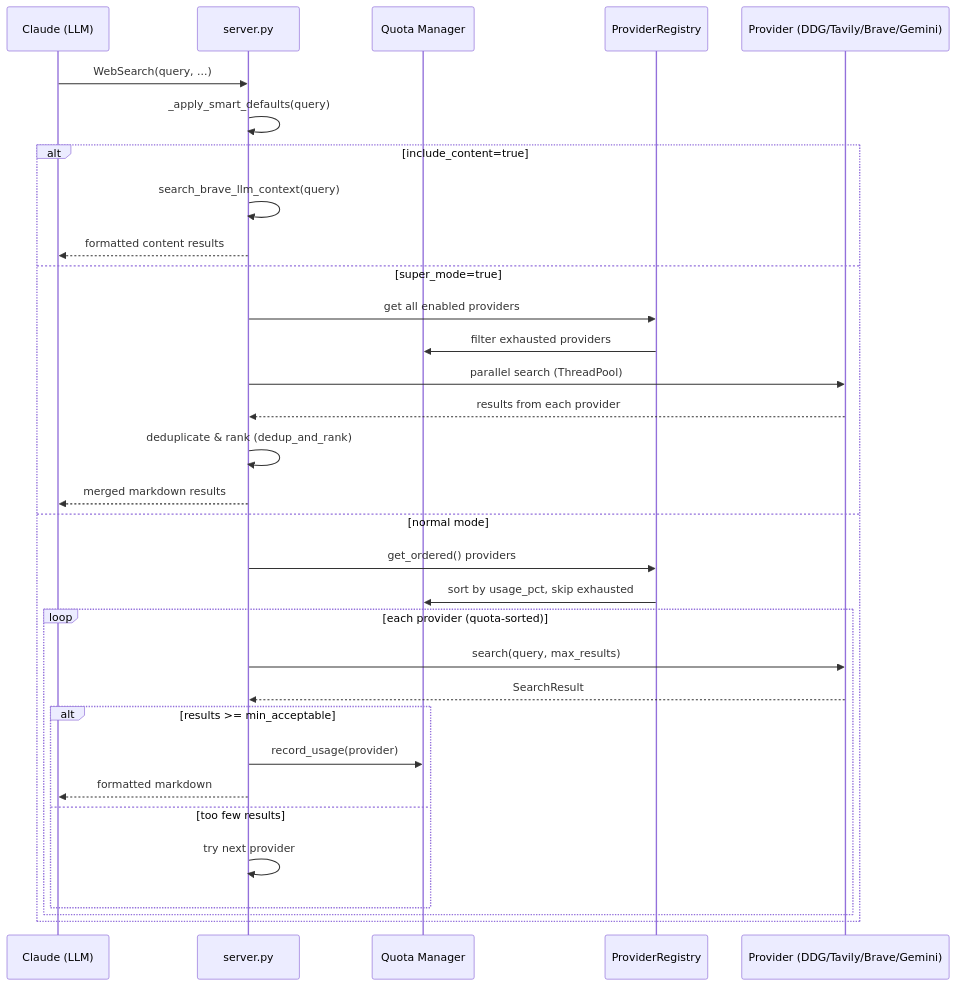
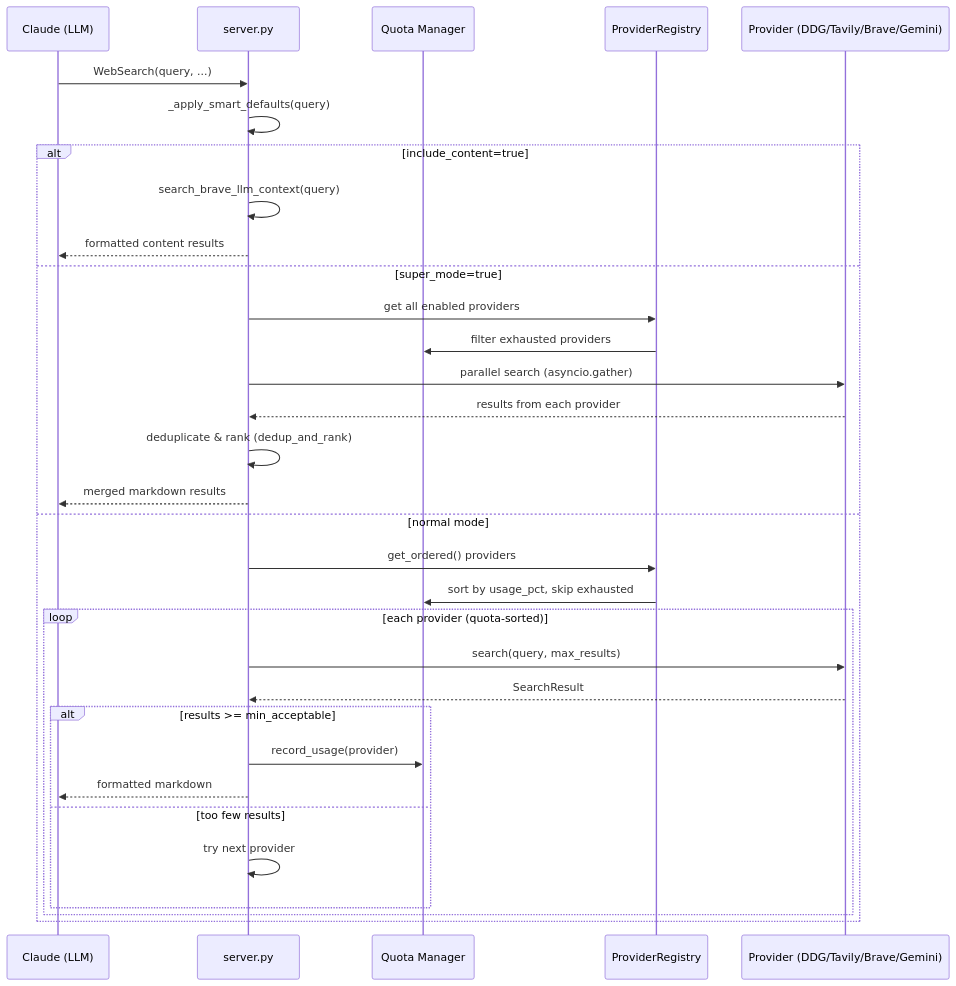
One commit to Tannnnhauser/pivot-web-search changed the second of 5 diagrams in docs/architecture.md. Above: the diagram before and after it, drawn with Mermaid. The commit also changed other lines of this file and 7 other files, not shown here.

````diff
--- a/docs/architecture.md
+++ b/docs/architecture.md
@@ -85,36 +85,36 @@
 ```mermaid
 sequenceDiagram
     participant LLM as Claude (LLM)
     participant S as server.py
     participant Q as Quota Manager
     participant R as ProviderRegistry
     participant P as Provider (DDG/Tavily/Brave/Gemini)
 
     LLM->>S: WebSearch(query, ...)
     S->>S: _apply_smart_defaults(query)
     
     alt include_content=true
         S->>S: search_brave_llm_context(query)
         S-->>LLM: formatted content results
     else super_mode=true
         S->>R: get all enabled providers
         R->>Q: filter exhausted providers
-        S->>P: parallel search (ThreadPool)
+        S->>P: parallel search (asyncio.gather)
         P-->>S: results from each provider
         S->>S: deduplicate & rank (dedup_and_rank)
         S-->>LLM: merged markdown results
     else normal mode
         S->>R: get_ordered() providers
         R->>Q: sort by usage_pct, skip exhausted
         loop each provider (quota-sorted)
             S->>P: search(query, max_results)
             P-->>S: SearchResult
             alt results >= min_acceptable
                 S->>Q: record_usage(provider)
                 S-->>LLM: formatted markdown
             else too few results
                 S->>S: try next provider
             end
         end
     end
 ```
````
